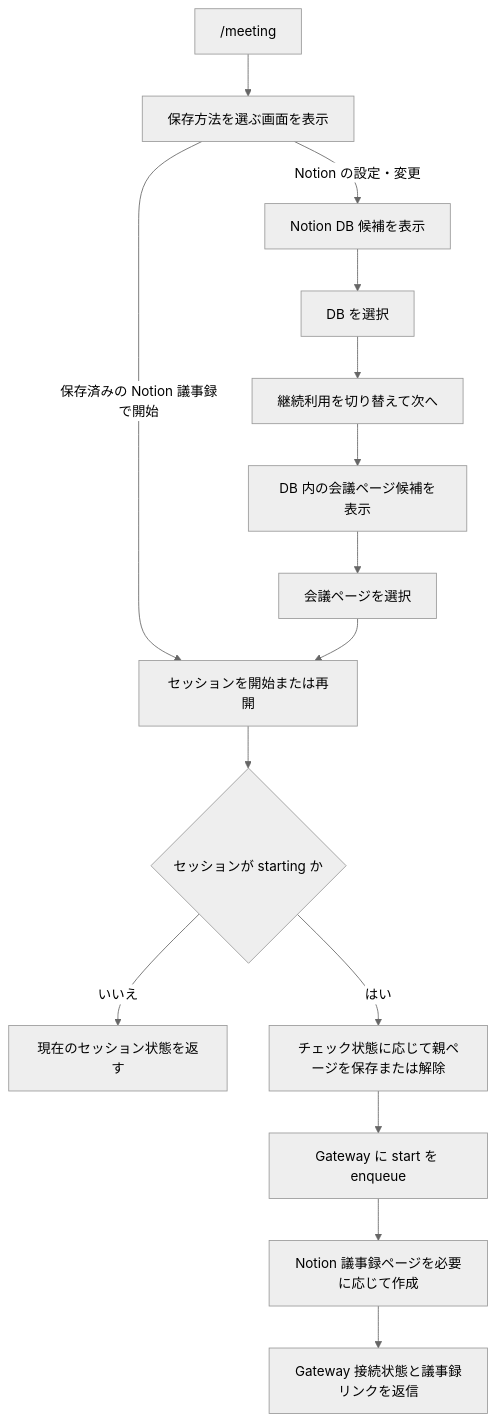
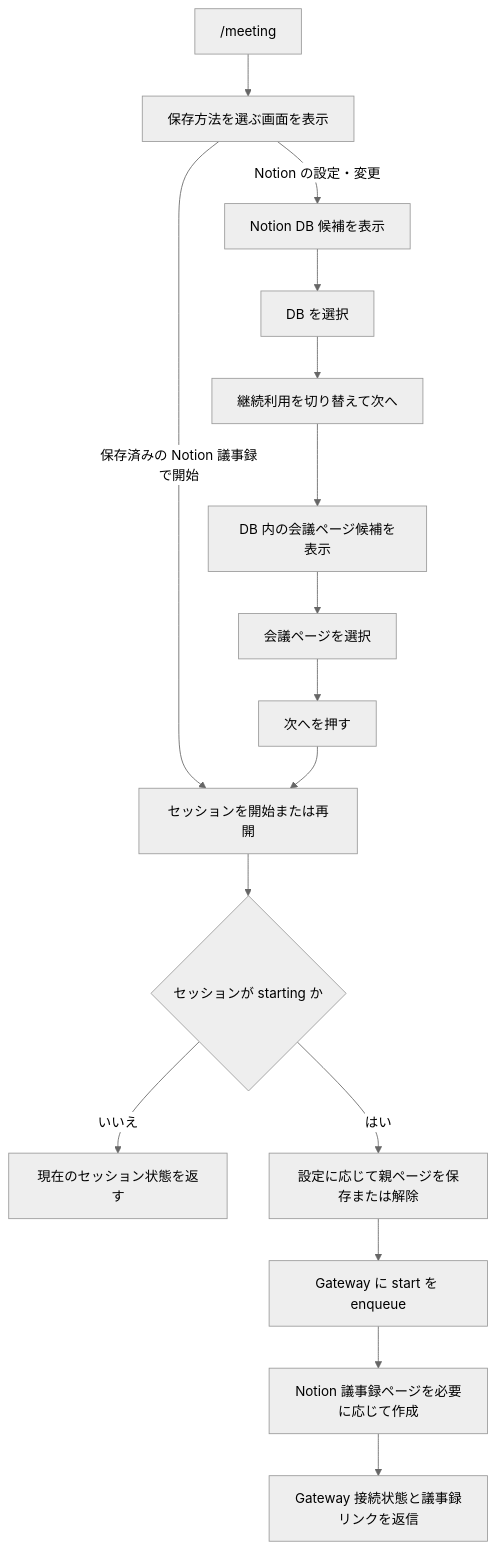
One commit to tuatmcc/ai-meeting-minutes-bot changed the second of 2 diagrams in docs/discord-interaction-flows.md. Above: the diagram before and after it, drawn with Mermaid (neutral theme). The commit also changed other lines of this file and 2 other files, not shown here.

Commit message:
feat: restyle Notion database picker (#66)
* feat: restyle Notion database picker

* feat: add step two page picker navigation

````diff
--- a/docs/discord-interaction-flows.md
+++ b/docs/discord-interaction-flows.md
@@ -35,17 +37,18 @@
 ```mermaid
 flowchart TD
     A["/meeting"] --> B["保存方法を選ぶ画面を表示"]
     B -->|保存済みの Notion 議事録で開始| H["保存済み親ページでセッションを開始"]
     B -->|Notion の設定・変更| D["Notion DB 候補を表示"]
     D --> E["DB を選択"]
     E --> F["継続利用を切り替えて次へ"]
     F --> G["DB 内の会議ページ候補を表示"]
     G --> I["会議ページを選択"]
-    I --> H["セッションを開始または再開"]
-    H --> J{"セッションが starting か"}
-    J -->|いいえ| Z["現在のセッション状態を返す"]
-    J -->|はい| K["チェック状態に応じて親ページを保存または解除"]
-    K --> L["Gateway に start を enqueue"]
-    L --> M["Notion 議事録ページを必要に応じて作成"]
-    M --> N["Gateway 接続状態と議事録リンクを返信"]
+    I --> J["次へを押す"]
+    J --> H["セッションを開始または再開"]
+    H --> K{"セッションが starting か"}
+    K -->|いいえ| Z["現在のセッション状態を返す"]
+    K -->|はい| L["設定に応じて親ページを保存または解除"]
+    L --> M["Gateway に start を enqueue"]
+    M --> N["Notion 議事録ページを必要に応じて作成"]
+    N --> O["Gateway 接続状態と議事録リンクを返信"]
 ```
````
